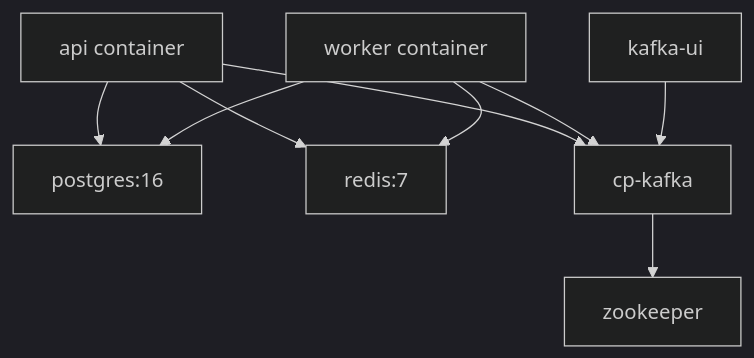
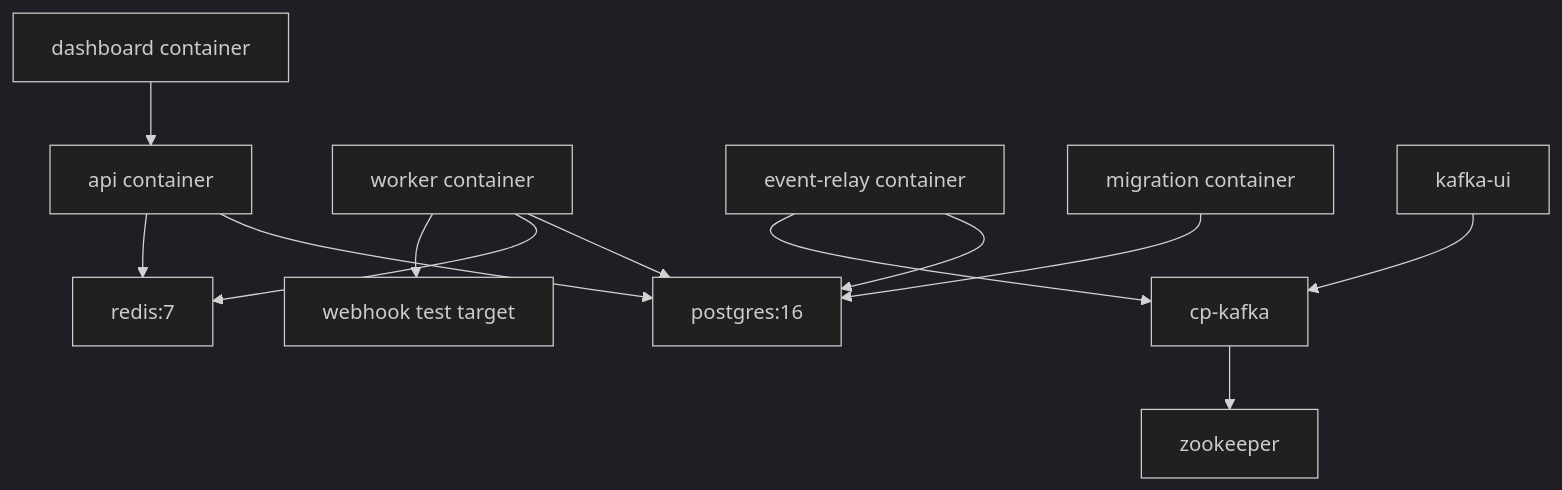
One commit to bhanu-teja2/distributed-job-scheduler changed the second of 3 diagrams in docs/system-design/deployment.md. Above: the diagram before and after it, drawn with Mermaid (dark theme). The commit also changed other lines of this file and 62 other files, not shown here.

Commit message:
docs: add implementation guide and architecture notes

````diff
--- a/docs/system-design/deployment.md
+++ b/docs/system-design/deployment.md
@@ -25,11 +25,14 @@
 ```mermaid
 flowchart TB
     API["api container"] --> PG["postgres:16"]
     API --> Redis["redis:7"]
-    API --> Kafka["cp-kafka"]
     Worker["worker container"] --> PG
     Worker --> Redis
-    Worker --> Kafka
+    Worker --> Webhook["webhook test target"]
+    Relay["event-relay container"] --> PG
+    Relay --> Kafka["cp-kafka"]
+    Dashboard["dashboard container"] --> API
+    Migration["migration container"] --> PG
     KafkaUI["kafka-ui"] --> Kafka
     Kafka --> ZK["zookeeper"]
 ```
````
